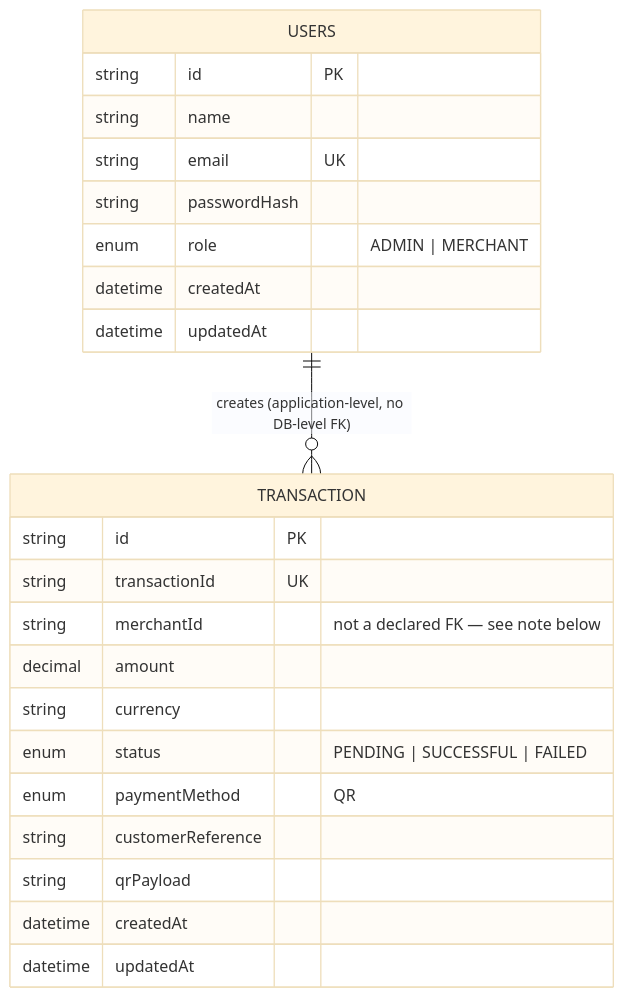
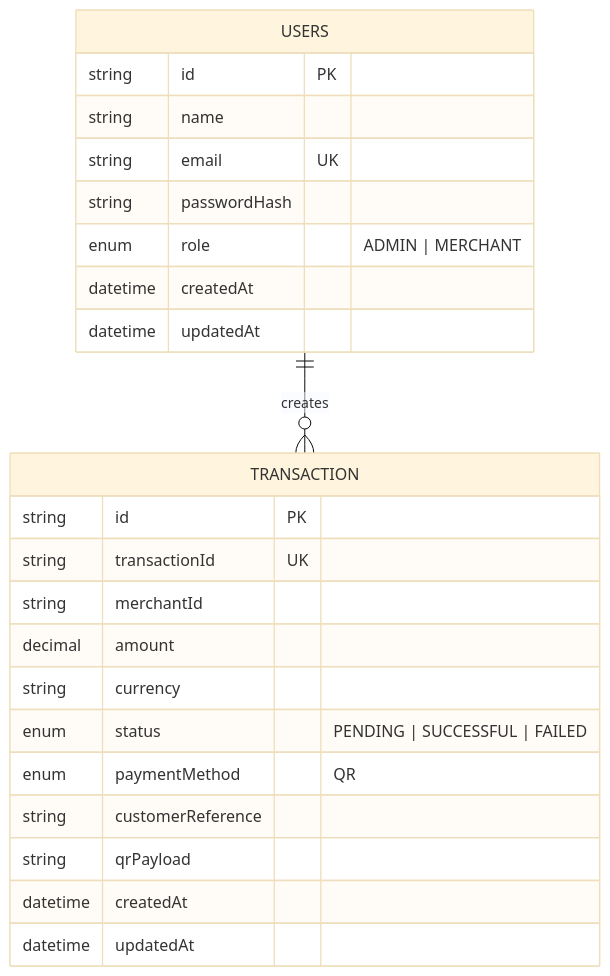
The third of 4 diagrams in README.md (RacTCode/PayFlow), drawn with Mermaid (base theme) before and after one commit. The commit also changed other lines of this file, not shown here.

````diff
--- a/README.md
+++ b/README.md
@@ -247,26 +246,26 @@
 ```mermaid
 erDiagram
-    USERS ||--o{ TRANSACTION : "creates (application-level, no DB-level FK)"
+    USERS ||--o{ TRANSACTION : "creates"
     USERS {
         string id PK
         string name
         string email UK
         string passwordHash
         enum role "ADMIN | MERCHANT"
         datetime createdAt
         datetime updatedAt
     }
     TRANSACTION {
         string id PK
         string transactionId UK
-        string merchantId "not a declared FK — see note below"
+        string merchantId
         decimal amount
         string currency
         enum status "PENDING | SUCCESSFUL | FAILED"
         enum paymentMethod "QR"
         string customerReference
         string qrPayload
         datetime createdAt
         datetime updatedAt
     }
 ```
````
